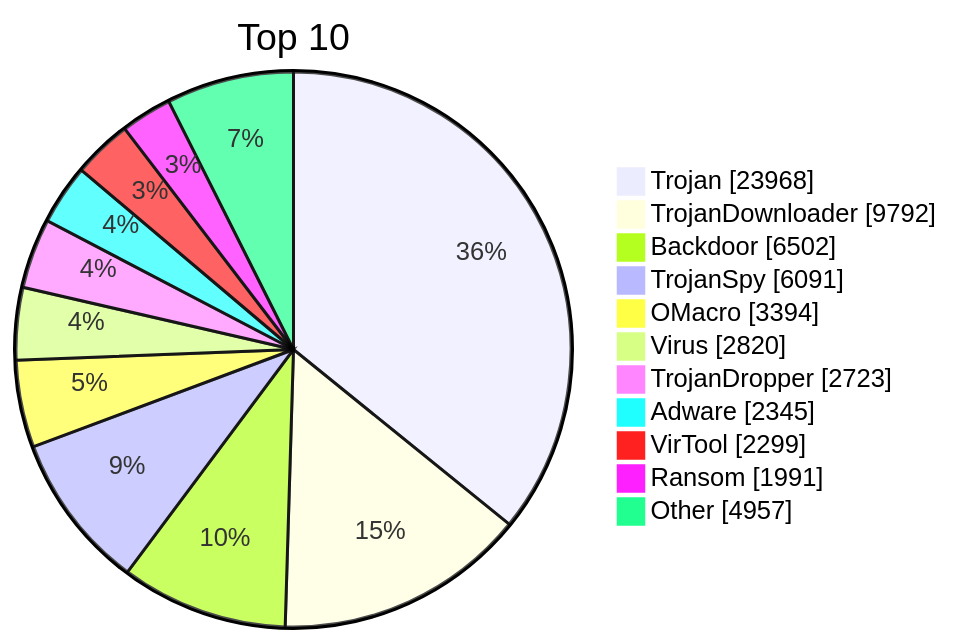
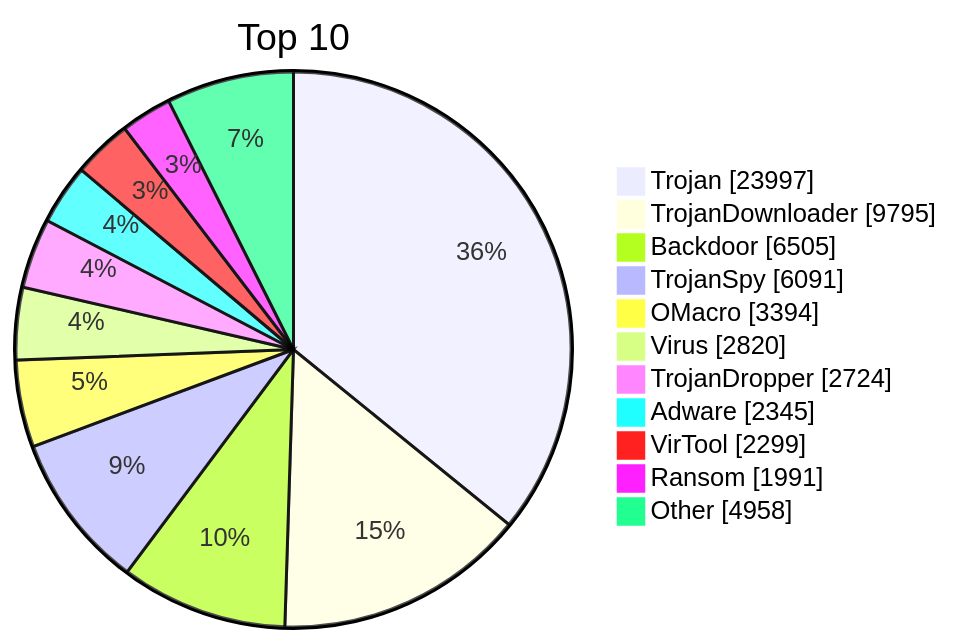
The diagram in README.md (JerryLinLinLin/huorong-virdb-changelog), drawn with Mermaid before and after one commit. The commit also changed other lines of this file and 14 other files, not shown here.

````diff
--- a/README.md
+++ b/README.md
@@ -19,15 +19,15 @@
 ```mermaid
 pie showData
     title Top 10
-    "Trojan" : 23968
-    "TrojanDownloader" : 9792
-    "Backdoor" : 6502
+    "Trojan" : 23997
+    "TrojanDownloader" : 9795
+    "Backdoor" : 6505
     "TrojanSpy" : 6091
     "OMacro" : 3394
     "Virus" : 2820
-    "TrojanDropper" : 2723
+    "TrojanDropper" : 2724
     "Adware" : 2345
     "VirTool" : 2299
     "Ransom" : 1991
-    "Other" : 4957
+    "Other" : 4958
 ```
````
